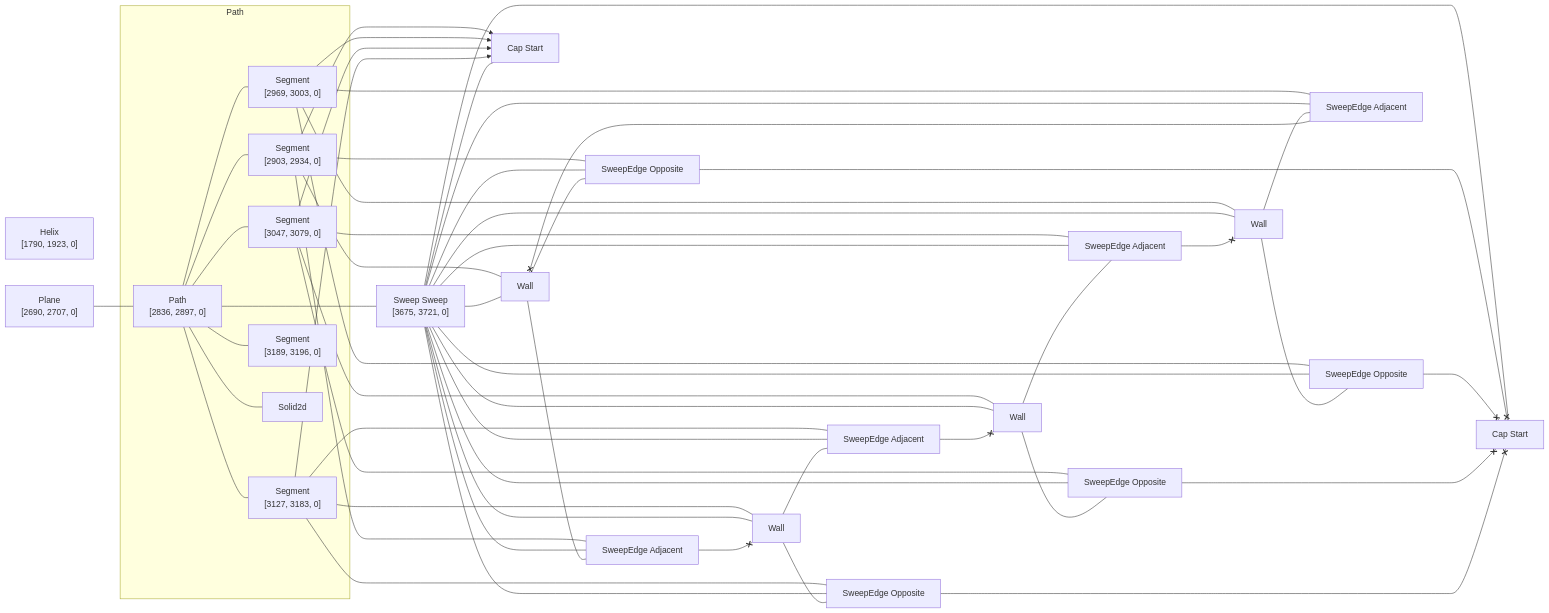
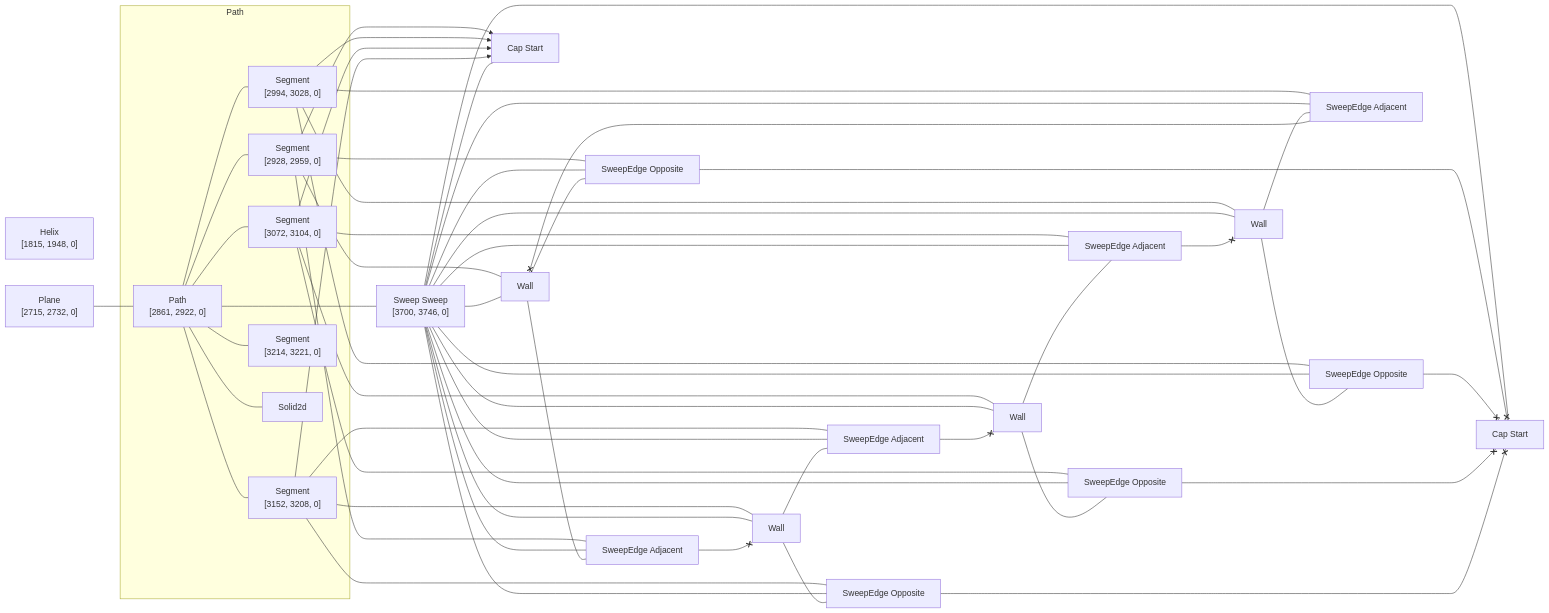
One commit to KittyCAD/modeling-app changed the diagram in rust/kcl-lib/tests/kcl_samples/split-washer-spring-version/artifact_graph_flowchart.snap.md. Above: the diagram before and after it, drawn with Mermaid. The commit also changed 319 other files, not shown here.

````diff
--- a/rust/kcl-lib/tests/kcl_samples/split-washer-spring-version/artifact_graph_flowchart.snap.md
+++ b/rust/kcl-lib/tests/kcl_samples/split-washer-spring-version/artifact_graph_flowchart.snap.md
@@ -1,25 +1,25 @@
 ```mermaid
 flowchart LR
   subgraph path3 [Path]
-    3["Path<br>[2836, 2897, 0]"]
+    3["Path<br>[2861, 2922, 0]"]
       %% [ProgramBodyItem { index: 9 }, VariableDeclarationDeclaration, VariableDeclarationInit, PipeBodyItem { index: 0 }]
-    4["Segment<br>[2903, 2934, 0]"]
+    4["Segment<br>[2928, 2959, 0]"]
       %% [ProgramBodyItem { index: 9 }, VariableDeclarationDeclaration, VariableDeclarationInit, PipeBodyItem { index: 1 }]
-    5["Segment<br>[2969, 3003, 0]"]
+    5["Segment<br>[2994, 3028, 0]"]
       %% [ProgramBodyItem { index: 9 }, VariableDeclarationDeclaration, VariableDeclarationInit, PipeBodyItem { index: 2 }]
-    6["Segment<br>[3047, 3079, 0]"]
+    6["Segment<br>[3072, 3104, 0]"]
       %% [ProgramBodyItem { index: 9 }, VariableDeclarationDeclaration, VariableDeclarationInit, PipeBodyItem { index: 3 }]
-    7["Segment<br>[3127, 3183, 0]"]
+    7["Segment<br>[3152, 3208, 0]"]
       %% [ProgramBodyItem { index: 9 }, VariableDeclarationDeclaration, VariableDeclarationInit, PipeBodyItem { index: 4 }]
-    8["Segment<br>[3189, 3196, 0]"]
+    8["Segment<br>[3214, 3221, 0]"]
       %% [ProgramBodyItem { index: 9 }, VariableDeclarationDeclaration, VariableDeclarationInit, PipeBodyItem { index: 5 }]
     9[Solid2d]
   end
-  1["Helix<br>[1790, 1923, 0]"]
+  1["Helix<br>[1815, 1948, 0]"]
     %% [ProgramBodyItem { index: 6 }, VariableDeclarationDeclaration, VariableDeclarationInit]
-  2["Plane<br>[2690, 2707, 0]"]
+  2["Plane<br>[2715, 2732, 0]"]
     %% [ProgramBodyItem { index: 8 }, VariableDeclarationDeclaration, VariableDeclarationInit]
-  10["Sweep Sweep<br>[3675, 3721, 0]"]
+  10["Sweep Sweep<br>[3700, 3746, 0]"]
     %% [ProgramBodyItem { index: 10 }, VariableDeclarationDeclaration, VariableDeclarationInit]
   11[Wall]
     %% face_code_ref=Missing NodePath
````
